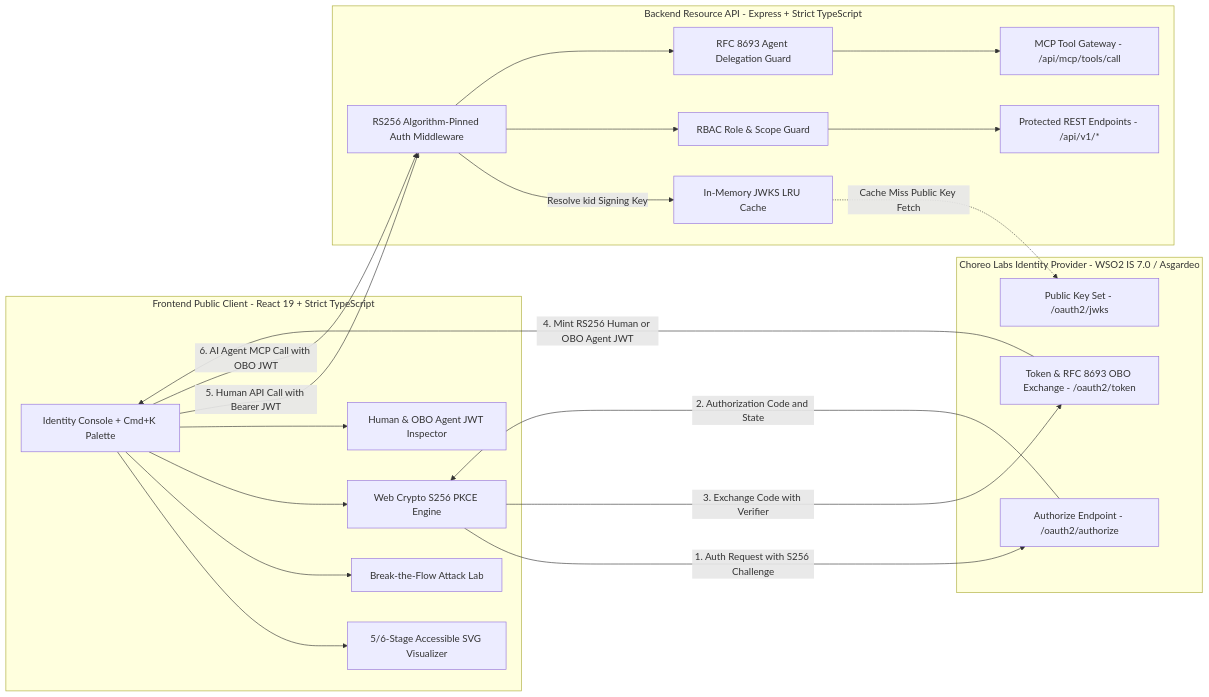
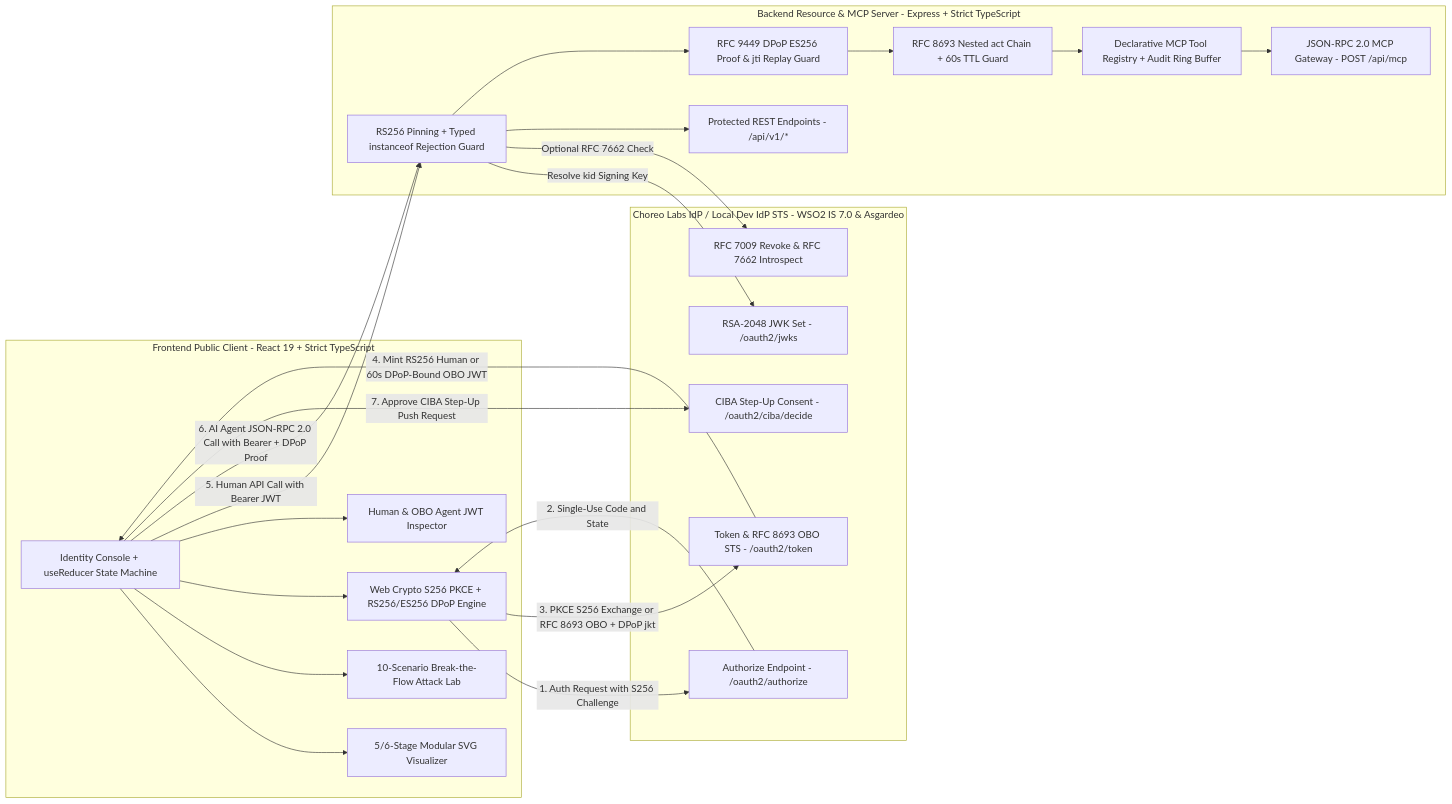
One commit to theekshana-sudeepa/wso2-identity-integration-demo changed the first of 2 diagrams in README.md. Above: the diagram before and after it, drawn with Mermaid. The commit also changed other lines of this file and 22 other files, not shown here.

````diff
--- a/README.md
+++ b/README.md
@@ -77,42 +80,46 @@
 ```mermaid
 flowchart LR
     subgraph Client["Frontend Public Client - React 19 + Strict TypeScript"]
-        UI["Identity Console + Cmd+K Palette"]
-        FLOW["5/6-Stage Accessible SVG Visualizer"]
-        LAB["Break-the-Flow Attack Lab"]
-        PKCE["Web Crypto S256 PKCE Engine"]
+        UI["Identity Console + useReducer State Machine"]
+        FLOW["5/6-Stage Modular SVG Visualizer"]
+        LAB["10-Scenario Break-the-Flow Attack Lab"]
+        CRYPTO["Web Crypto S256 PKCE + RS256/ES256 DPoP Engine"]
         INSPECTOR["Human & OBO Agent JWT Inspector"]
     end
 
-    subgraph IdP["Choreo Labs Identity Provider - WSO2 IS 7.0 / Asgardeo"]
+    subgraph IdP["Choreo Labs IdP / Local Dev IdP STS - WSO2 IS 7.0 & Asgardeo"]
         AUTHZ["Authorize Endpoint - /oauth2/authorize"]
-        TOKEN["Token & RFC 8693 OBO Exchange - /oauth2/token"]
-        JWKS["Public Key Set - /oauth2/jwks"]
+        TOKEN["Token & RFC 8693 OBO STS - /oauth2/token"]
+        CIBA["CIBA Step-Up Consent - /oauth2/ciba/decide"]
+        REV["RFC 7009 Revoke & RFC 7662 Introspect"]
+        JWKS["RSA-2048 JWK Set - /oauth2/jwks"]
     end
 
-    subgraph ResourceServer["Backend Resource API - Express + Strict TypeScript"]
-        AUTHMW["RS256 Algorithm-Pinned Auth Middleware"]
-        KEYCACHE["In-Memory JWKS LRU Cache"]
-        RBAC["RBAC Role & Scope Guard"]
-        OBOGUARD["RFC 8693 Agent Delegation Guard"]
+    subgraph ResourceServer["Backend Resource & MCP Server - Express + Strict TypeScript"]
+        AUTHMW["RS256 Pinning + Typed instanceof Rejection Guard"]
+        DPOP["RFC 9449 DPoP ES256 Proof & jti Replay Guard"]
+        OBOGUARD["RFC 8693 Nested act Chain + 60s TTL Guard"]
+        REGISTRY["Declarative MCP Tool Registry + Audit Ring Buffer"]
         ROUTES["Protected REST Endpoints - /api/v1/*"]
-        MCP["MCP Tool Gateway - /api/mcp/tools/call"]
+        MCP["JSON-RPC 2.0 MCP Gateway - POST /api/mcp"]
     end
 
     UI --> FLOW
     UI --> LAB
-    UI --> PKCE
-    PKCE -->|1. Auth Request with S256 Challenge| AUTHZ
-    AUTHZ -->|2. Authorization Code and State| PKCE
-    PKCE -->|3. Exchange Code with Verifier| TOKEN
-    TOKEN -->|4. Mint RS256 Human or OBO Agent JWT| UI
+    UI --> CRYPTO
+    CRYPTO -->|1. Auth Request with S256 Challenge| AUTHZ
+    AUTHZ -->|2. Single-Use Code and State| CRYPTO
+    CRYPTO -->|3. PKCE S256 Exchange or RFC 8693 OBO + DPoP jkt| TOKEN
+    TOKEN -->|4. Mint RS256 Human or 60s DPoP-Bound OBO JWT| UI
     UI --> INSPECTOR
     UI -->|5. Human API Call with Bearer JWT| AUTHMW
-    UI -->|6. AI Agent MCP Call with OBO JWT| AUTHMW
-    AUTHMW -->|Resolve kid Signing Key| KEYCACHE
-    KEYCACHE -.->|Cache Miss Public Key Fetch| JWKS
-    AUTHMW --> RBAC
-    RBAC --> ROUTES
-    AUTHMW --> OBOGUARD
-    OBOGUARD --> MCP
+    UI -->|6. AI Agent JSON-RPC 2.0 Call with Bearer + DPoP Proof| AUTHMW
+    AUTHMW -->|Resolve kid Signing Key| JWKS
+    AUTHMW -->|Optional RFC 7662 Check| REV
+    AUTHMW --> ROUTES
+    AUTHMW --> DPOP
+    DPOP --> OBOGUARD
+    OBOGUARD --> REGISTRY
+    REGISTRY --> MCP
+    UI -->|7. Approve CIBA Step-Up Push Request| CIBA
 ```
````
